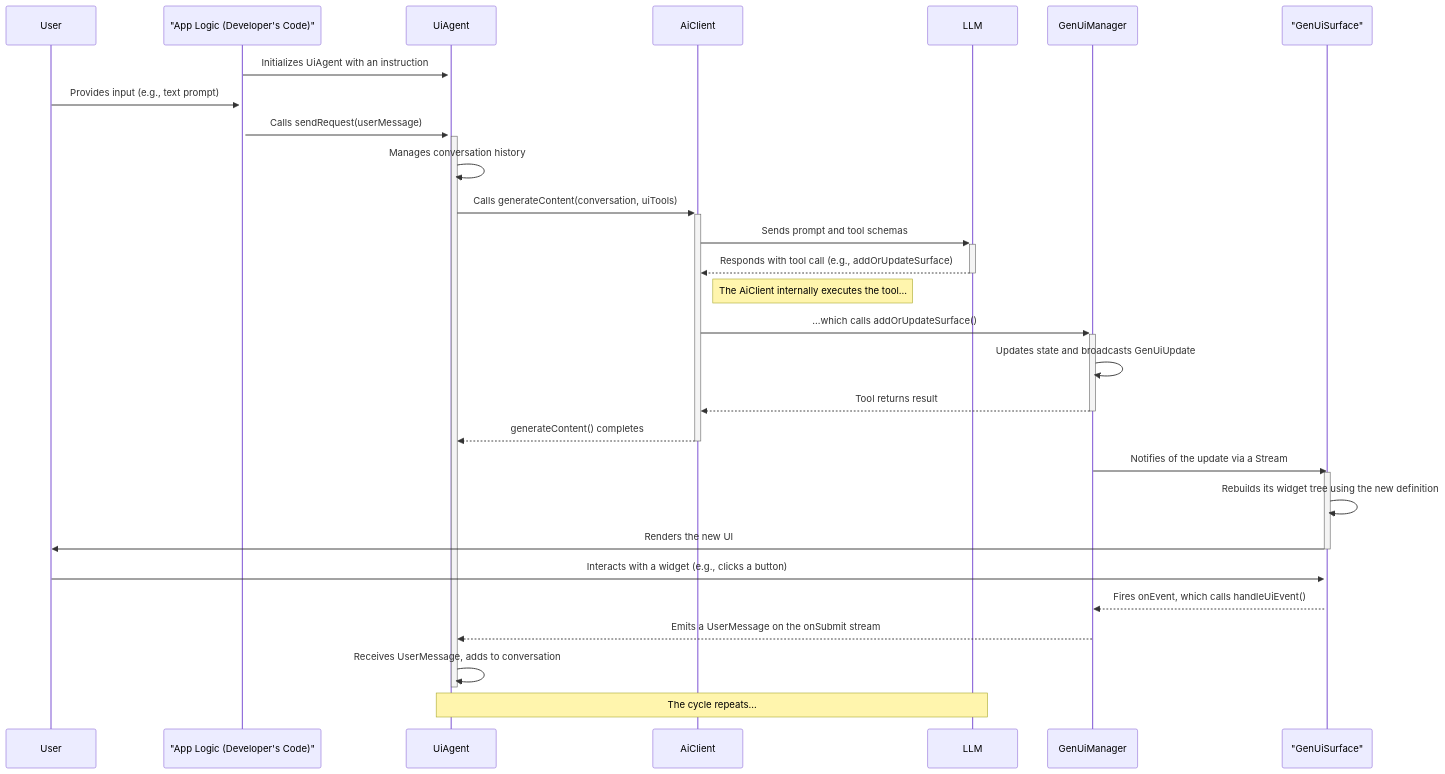
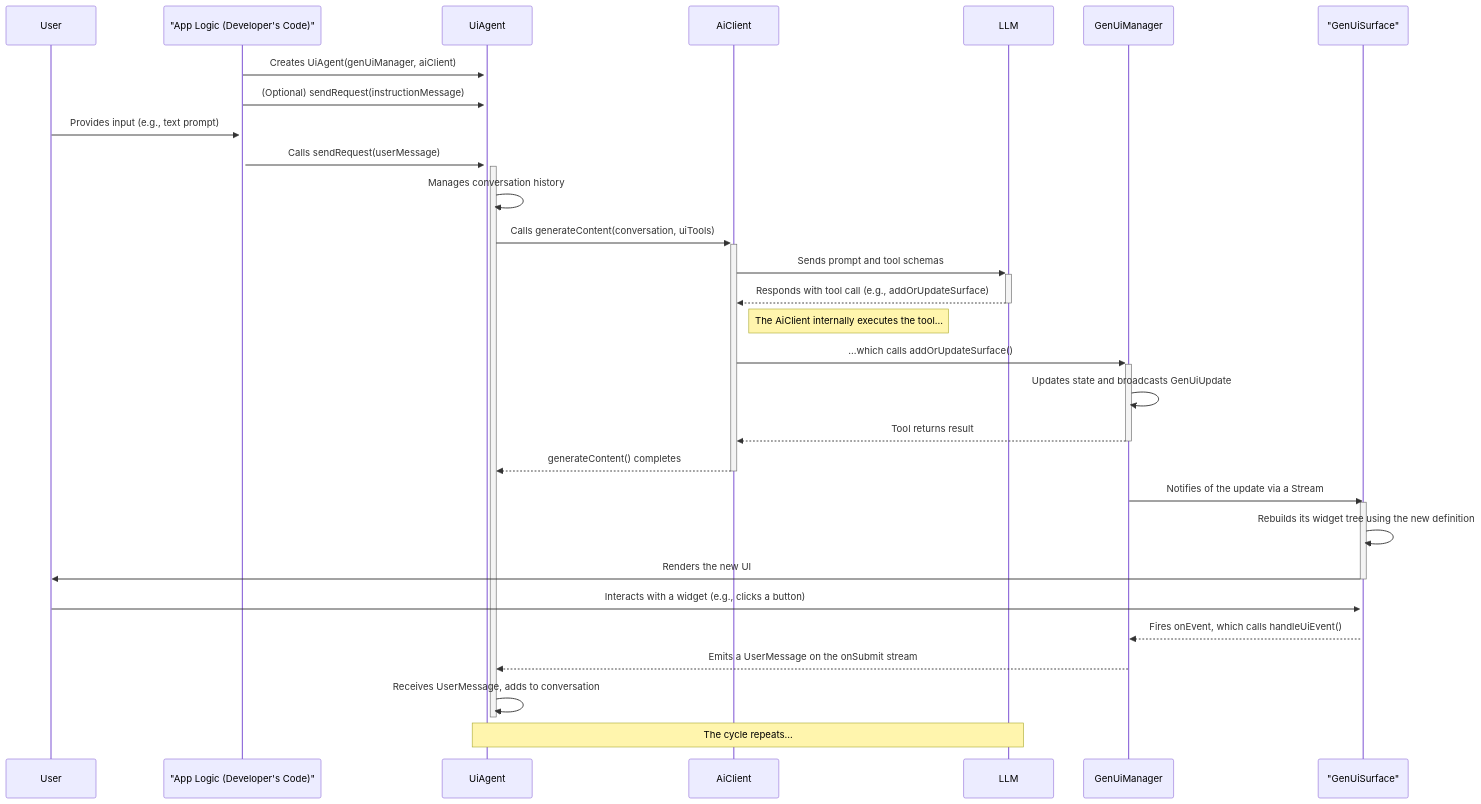
The second of 2 diagrams in packages/flutter_genui/IMPLEMENTATION.md (sethladd/genui), drawn with Mermaid before and after one commit. The commit also changed other lines of this file and 30 other files, not shown here.

````diff
--- a/packages/flutter_genui/IMPLEMENTATION.md
+++ b/packages/flutter_genui/IMPLEMENTATION.md
@@ -99,40 +99,41 @@
 ```mermaid
 sequenceDiagram
     participant User
     participant AppLogic as "App Logic (Developer's Code)"
     participant UiAgent
     participant AiClient
     participant LLM
     participant GenUiManager
     participant GenUiSurface as "GenUiSurface"
 
-    AppLogic->>+UiAgent: Initializes UiAgent with an instruction
+    AppLogic->>+UiAgent: Creates UiAgent(genUiManager, aiClient)
+    AppLogic->>+UiAgent: (Optional) sendRequest(instructionMessage)
 
     User->>+AppLogic: Provides input (e.g., text prompt)
     AppLogic->>+UiAgent: Calls sendRequest(userMessage)
     UiAgent->>UiAgent: Manages conversation history
     UiAgent->>+AiClient: Calls generateContent(conversation, uiTools)
     AiClient->>+LLM: Sends prompt and tool schemas
     LLM-->>-AiClient: Responds with tool call (e.g., addOrUpdateSurface)
 
     Note right of AiClient: The AiClient internally executes the tool...
     AiClient->>+GenUiManager: ...which calls addOrUpdateSurface()
     GenUiManager->>GenUiManager: Updates state and broadcasts GenUiUpdate
     GenUiManager-->>-AiClient: Tool returns result
     AiClient-->>-UiAgent: generateContent() completes
 
     %% The UI updates asynchronously based on the stream
     GenUiManager->>GenUiSurface: Notifies of the update via a Stream
     activate GenUiSurface
     GenUiSurface->>GenUiSurface: Rebuilds its widget tree using the new definition
     GenUiSurface->>User: Renders the new UI
     deactivate GenUiSurface
 
     %% Later, the user interacts
     User->>+GenUiSurface: Interacts with a widget (e.g., clicks a button)
     GenUiSurface-->>GenUiManager: Fires onEvent, which calls handleUiEvent()
     GenUiManager-->>UiAgent: Emits a UserMessage on the onSubmit stream
     UiAgent->>UiAgent: Receives UserMessage, adds to conversation
     deactivate UiAgent
     Note over UiAgent, LLM: The cycle repeats...
 ```
````
